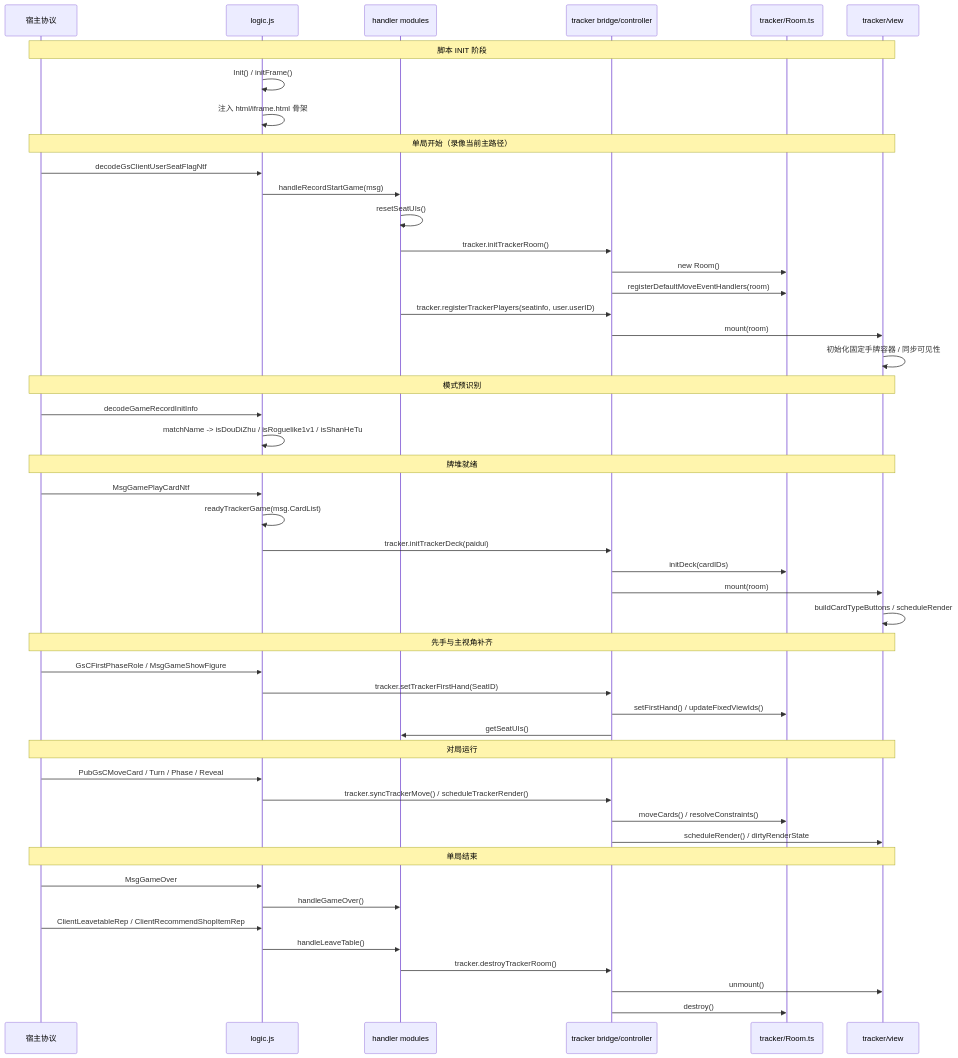
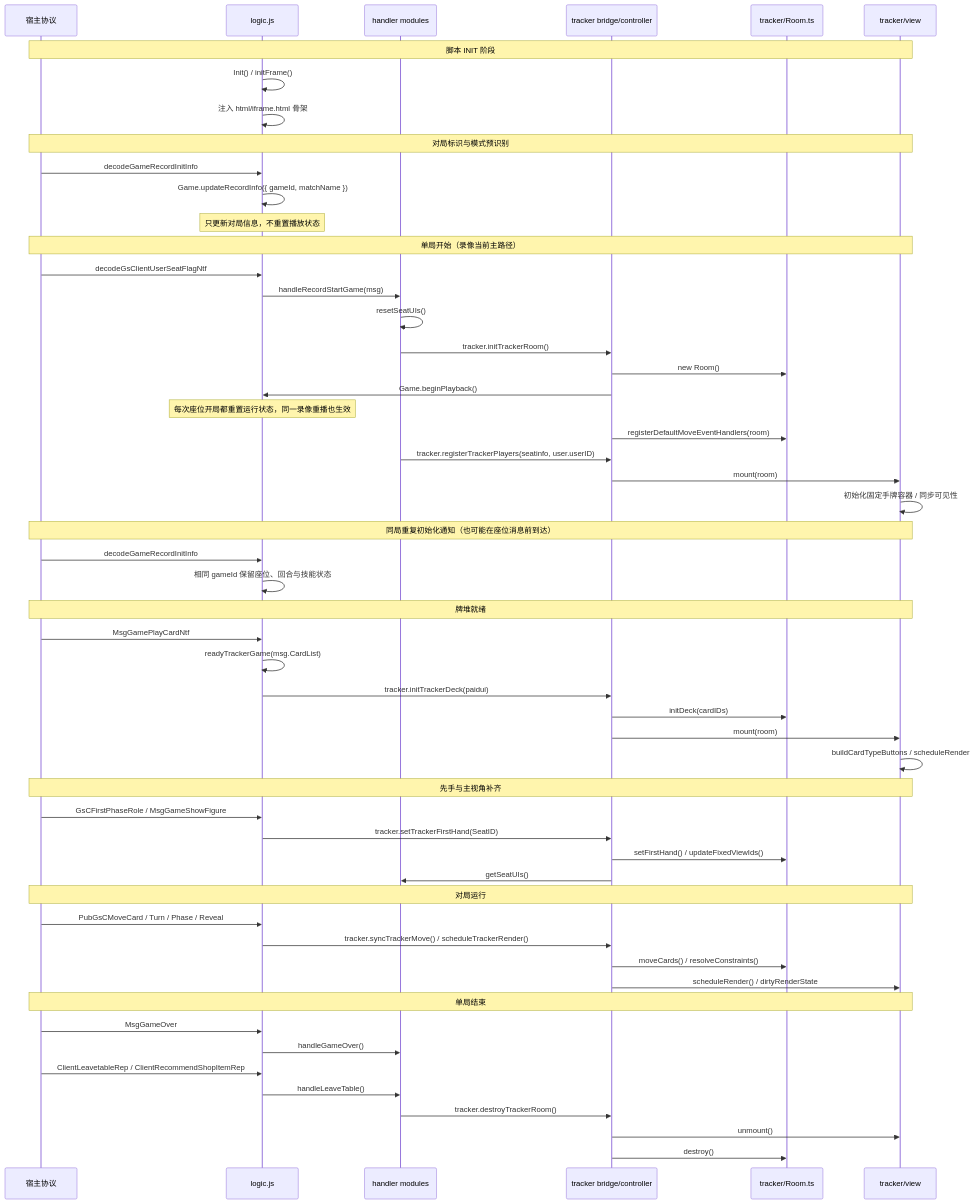
The second of 3 diagrams in docs/agents/lifecycle.md (llsccm/tracker), drawn with Mermaid before and after one commit. The commit also changed other lines of this file and 9 other files, not shown here.

````diff
--- a/docs/agents/lifecycle.md
+++ b/docs/agents/lifecycle.md
@@ -66,57 +66,64 @@
 ```mermaid
 sequenceDiagram
     participant Engine as 宿主协议
     participant Logic as logic.js
     participant Handler as handler modules
     participant Bridge as tracker bridge/controller
     participant Room as tracker/Room.ts
     participant View as tracker/view
 
     Note over Engine,View: 脚本 INIT 阶段
     Logic ->> Logic: Init() / initFrame()
     Logic ->> Logic: 注入 html/iframe.html 骨架
 
+    Note over Engine,View: 对局标识与模式预识别
+    Engine ->> Logic: decodeGameRecordInitInfo
+    Logic ->> Logic: Game.updateRecordInfo({ gameId, matchName })
+    Note over Logic: 只更新对局信息，不重置播放状态
+
     Note over Engine,View: 单局开始（录像当前主路径）
     Engine ->> Logic: decodeGsClientUserSeatFlagNtf
     Logic ->> Handler: handleRecordStartGame(msg)
     Handler ->> Handler: resetSeatUIs()
     Handler ->> Bridge: tracker.initTrackerRoom()
     Bridge ->> Room: new Room()
+    Bridge ->> Logic: Game.beginPlayback()
+    Note over Logic: 每次座位开局都重置运行状态，同一录像重播也生效
     Bridge ->> Room: registerDefaultMoveEventHandlers(room)
     Handler ->> Bridge: tracker.registerTrackerPlayers(seatinfo, user.userID)
     Bridge ->> View: mount(room)
     View ->> View: 初始化固定手牌容器 / 同步可见性
 
-    Note over Engine,View: 模式预识别
+    Note over Engine,View: 同局重复初始化通知（也可能在座位消息前到达）
     Engine ->> Logic: decodeGameRecordInitInfo
-    Logic ->> Logic: matchName -> isDouDiZhu / isRoguelike1v1 / isShanHeTu
+    Logic ->> Logic: 相同 gameId 保留座位、回合与技能状态
 
     Note over Engine,View: 牌堆就绪
     Engine ->> Logic: MsgGamePlayCardNtf
     Logic ->> Logic: readyTrackerGame(msg.CardList)
     Logic ->> Bridge: tracker.initTrackerDeck(paidui)
     Bridge ->> Room: initDeck(cardIDs)
     Bridge ->> View: mount(room)
     View ->> View: buildCardTypeButtons / scheduleRender
 
     Note over Engine,View: 先手与主视角补齐
     Engine ->> Logic: GsCFirstPhaseRole / MsgGameShowFigure
     Logic ->> Bridge: tracker.setTrackerFirstHand(SeatID)
     Bridge ->> Room: setFirstHand() / updateFixedViewIds()
     Bridge ->> Handler: getSeatUIs()
 
     Note over Engine,View: 对局运行
     Engine ->> Logic: PubGsCMoveCard / Turn / Phase / Reveal
     Logic ->> Bridge: tracker.syncTrackerMove() / scheduleTrackerRender()
     Bridge ->> Room: moveCards() / resolveConstraints()
     Bridge ->> View: scheduleRender() / dirtyRenderState
 
     Note over Engine,View: 单局结束
     Engine ->> Logic: MsgGameOver
     Logic ->> Handler: handleGameOver()
     Engine ->> Logic: ClientLeavetableRep / ClientRecommendShopItemRep
     Logic ->> Handler: handleLeaveTable()
     Handler ->> Bridge: tracker.destroyTrackerRoom()
     Bridge ->> View: unmount()
     Bridge ->> Room: destroy()
 ```
````
